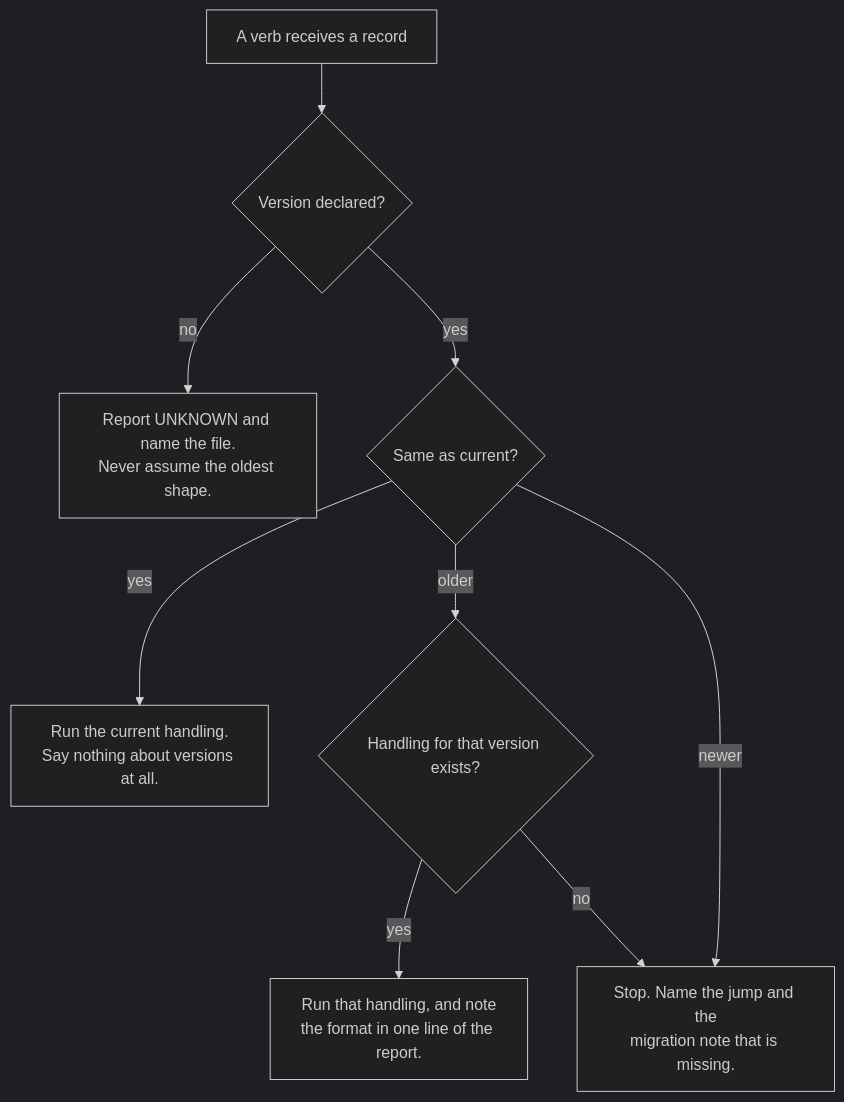
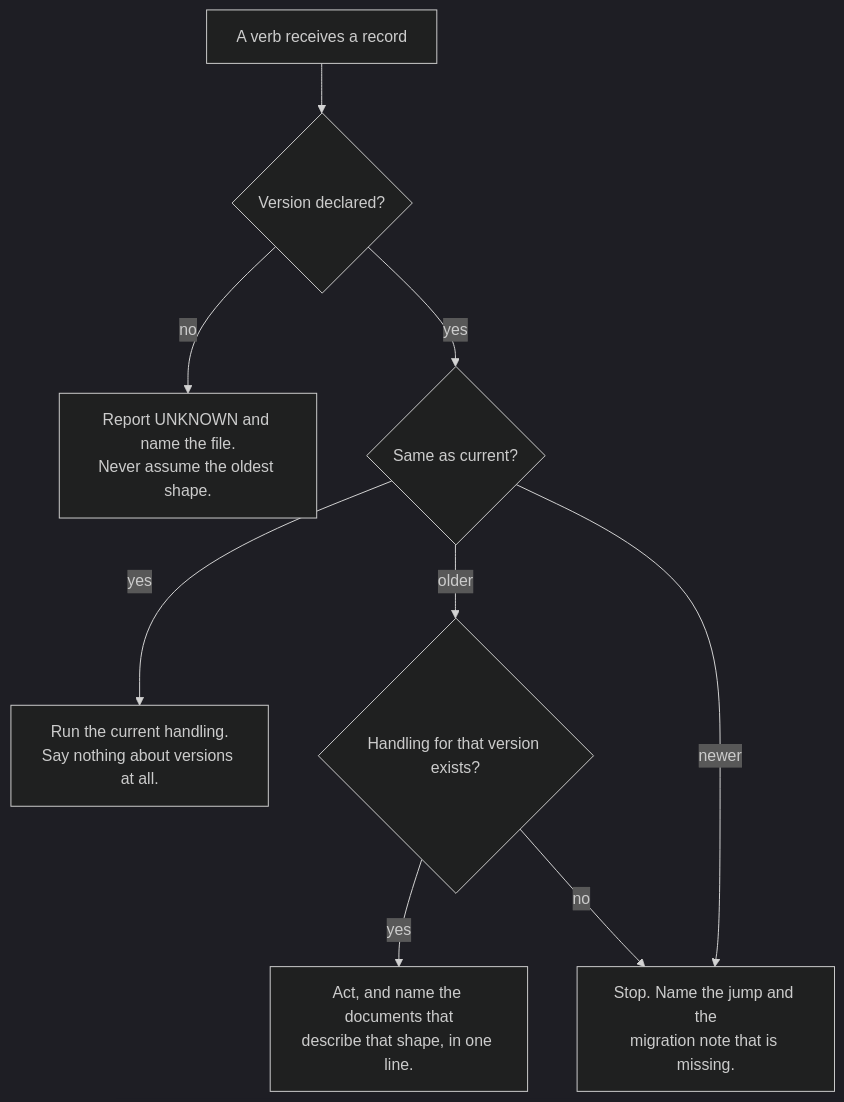
Before and after one commit to entelekheia-ai/vibe-ops: the diagram in project/plans/012-versions-travel-with-the-record.md, drawn with Mermaid (dark theme). The commit also changed other lines of this file and 6 other files, not shown here.

````diff
--- a/project/plans/012-versions-travel-with-the-record.md
+++ b/project/plans/012-versions-travel-with-the-record.md
@@ -128,11 +128,11 @@
 ```mermaid
 flowchart TD
     A[A verb receives a record] --> B{Version declared?}
     B -- no --> C[Report UNKNOWN and name the file.<br/>Never assume the oldest shape.]
     B -- yes --> D{Same as current?}
     D -- yes --> E[Run the current handling.<br/>Say nothing about versions at all.]
     D -- older --> F{Handling for that version exists?}
-    F -- yes --> G[Run that handling, and note<br/>the format in one line of the report.]
+    F -- yes --> G[Act, and name the documents that<br/>describe that shape, in one line.]
     F -- no --> H[Stop. Name the jump and the<br/>migration note that is missing.]
     D -- newer --> H
 ```
````
